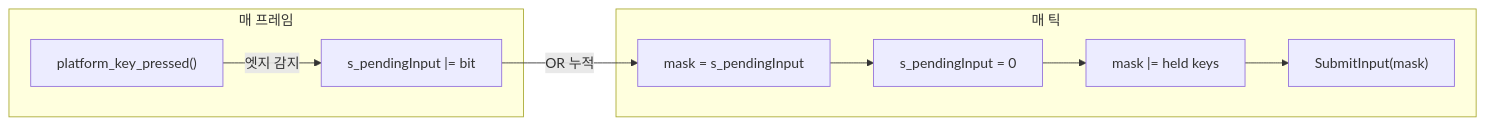
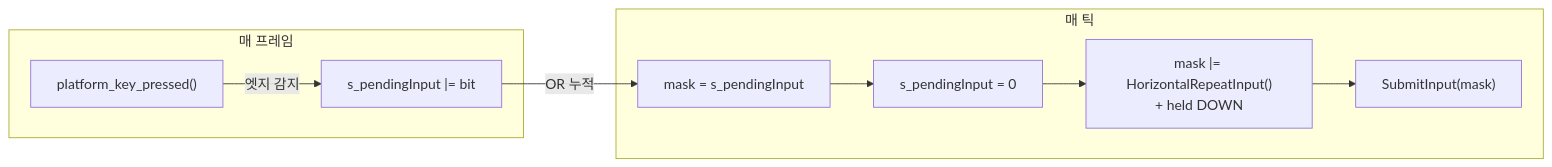
The fifth of 12 diagrams in docs/blog/part4-game-wrapper-and-loop.md (Rein-ArXiv/Tetris-Multiplayer-RL), drawn with Mermaid before and after one commit. The commit also changed other lines of this file and 41 other files, not shown here.

````diff
--- a/docs/blog/part4-game-wrapper-and-loop.md
+++ b/docs/blog/part4-game-wrapper-and-loop.md
@@ -259,17 +502,17 @@
 ```mermaid
 flowchart LR
     subgraph "매 프레임"
         A["platform_key_pressed()"]
         B["s_pendingInput |= bit"]
     end
     subgraph "매 틱"
         C["mask = s_pendingInput"]
         D["s_pendingInput = 0"]
-        E["mask |= held keys"]
+        E["mask |= HorizontalRepeatInput()<br/>+ held DOWN"]
         F["SubmitInput(mask)"]
     end
 
     A -->|"엣지 감지"| B
     B -->|"OR 누적"| C
     C --> D --> E --> F
 ```
````
